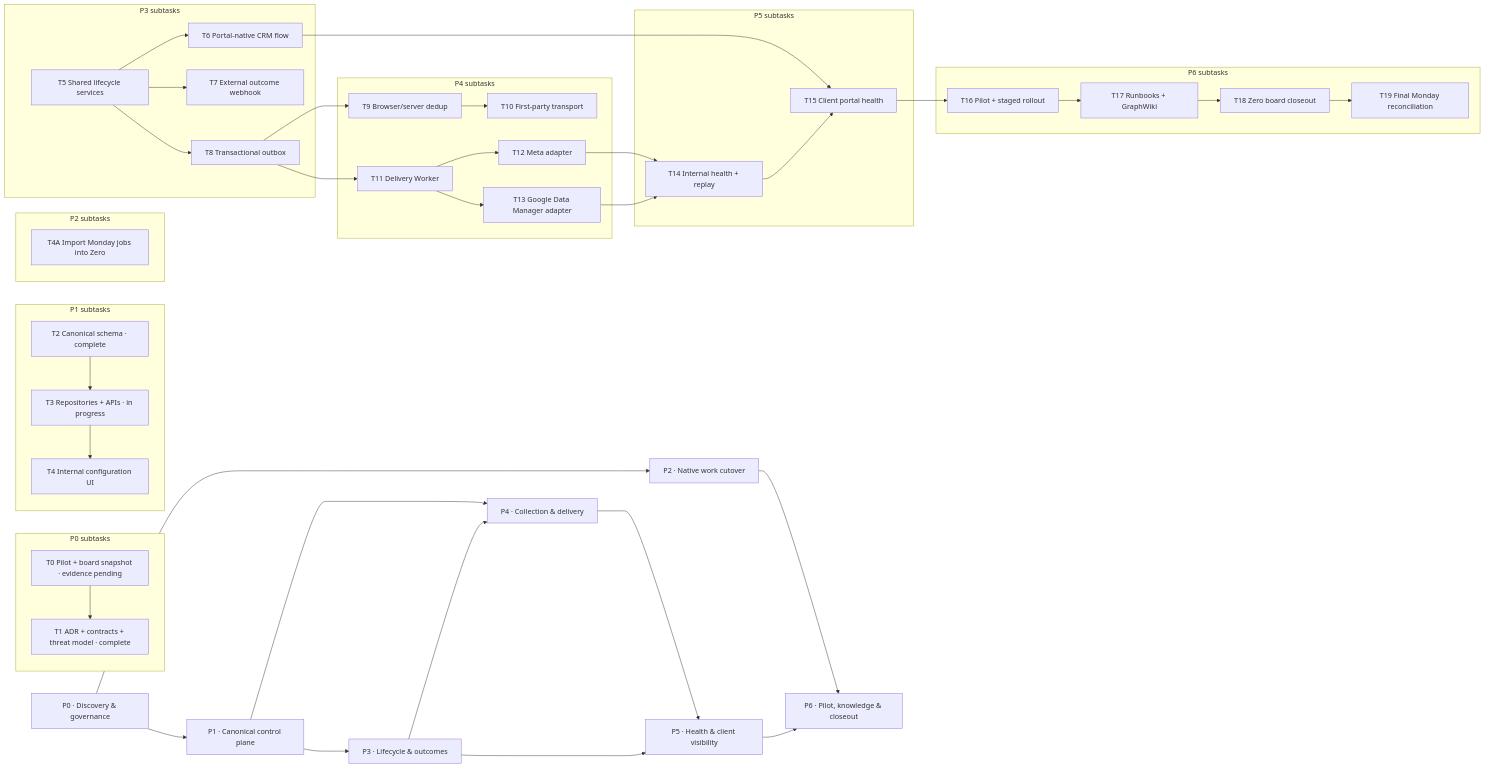
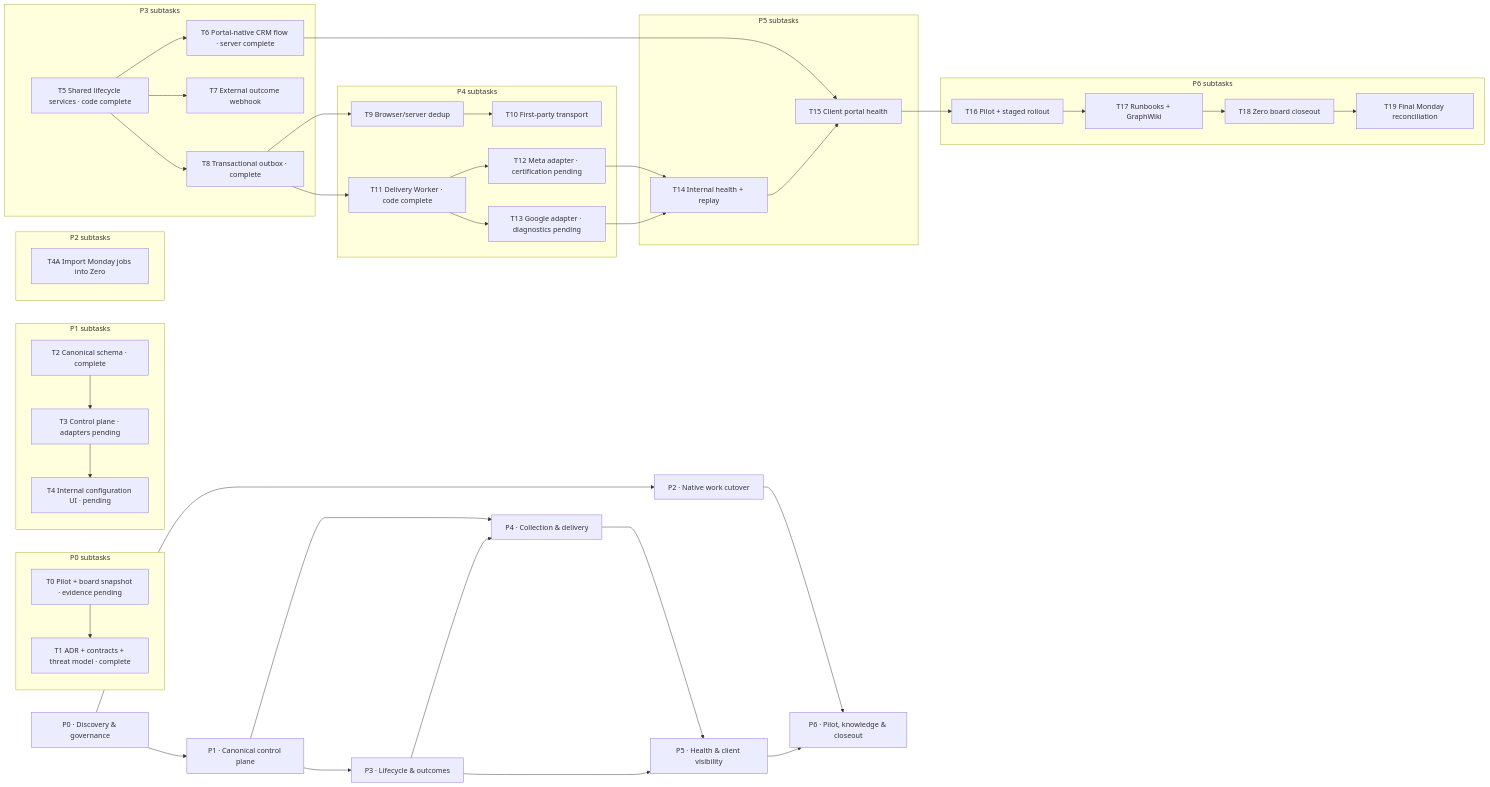
Before and after one commit to adme-dev/dashboard: the diagram in docs/superpowers/plans/2026-07-17-measurement-signal-hub-execution-backlog.md, drawn with Mermaid. The commit also changed other lines of this file and 1 other file, not shown here.

Commit message:
docs(measurement): record production delivery progress

````diff
--- a/docs/superpowers/plans/2026-07-17-measurement-signal-hub-execution-backlog.md
+++ b/docs/superpowers/plans/2026-07-17-measurement-signal-hub-execution-backlog.md
@@ -16,51 +17,51 @@
 ```mermaid
 flowchart LR
   P0["P0 · Discovery & governance"]
   P1["P1 · Canonical control plane"]
   P2["P2 · Native work cutover"]
   P3["P3 · Lifecycle & outcomes"]
   P4["P4 · Collection & delivery"]
   P5["P5 · Health & client visibility"]
   P6["P6 · Pilot, knowledge & closeout"]
 
   P0 --> P1
   P0 --> P2
   P1 --> P3
   P1 --> P4
   P2 --> P6
   P3 --> P4
   P4 --> P5
   P3 --> P5
   P5 --> P6
 
   subgraph G0["P0 subtasks"]
     T0["T0 Pilot + board snapshot · evidence pending"] --> T1["T1 ADR + contracts + threat model · complete"]
   end
   subgraph G1["P1 subtasks"]
-    T2["T2 Canonical schema · complete"] --> T3["T3 Repositories + APIs · in progress"] --> T4["T4 Internal configuration UI"]
+    T2["T2 Canonical schema · complete"] --> T3["T3 Control plane · adapters pending"] --> T4["T4 Internal configuration UI · pending"]
   end
   subgraph G2["P2 subtasks"]
     T4A["T4A Import Monday jobs into Zero"]
   end
   subgraph G3["P3 subtasks"]
-    T5["T5 Shared lifecycle services"] --> T6["T6 Portal-native CRM flow"]
+    T5["T5 Shared lifecycle services · code complete"] --> T6["T6 Portal-native CRM flow · server complete"]
     T5 --> T7["T7 External outcome webhook"]
-    T5 --> T8["T8 Transactional outbox"]
+    T5 --> T8["T8 Transactional outbox · complete"]
   end
   subgraph G4["P4 subtasks"]
     T8 --> T9["T9 Browser/server dedup"] --> T10["T10 First-party transport"]
-    T8 --> T11["T11 Delivery Worker"]
-    T11 --> T12["T12 Meta adapter"]
-    T11 --> T13["T13 Google Data Manager adapter"]
+    T8 --> T11["T11 Delivery Worker · code complete"]
+    T11 --> T12["T12 Meta adapter · certification pending"]
+    T11 --> T13["T13 Google adapter · diagnostics pending"]
   end
   subgraph G5["P5 subtasks"]
     T12 --> T14["T14 Internal health + replay"]
     T13 --> T14
     T6 --> T15["T15 Client portal health"]
     T14 --> T15
   end
   subgraph G6["P6 subtasks"]
     T15 --> T16["T16 Pilot + staged rollout"] --> T17["T17 Runbooks + GraphWiki"]
     T17 --> T18["T18 Zero board closeout"] --> T19["T19 Final Monday reconciliation"]
   end
 ```
````
